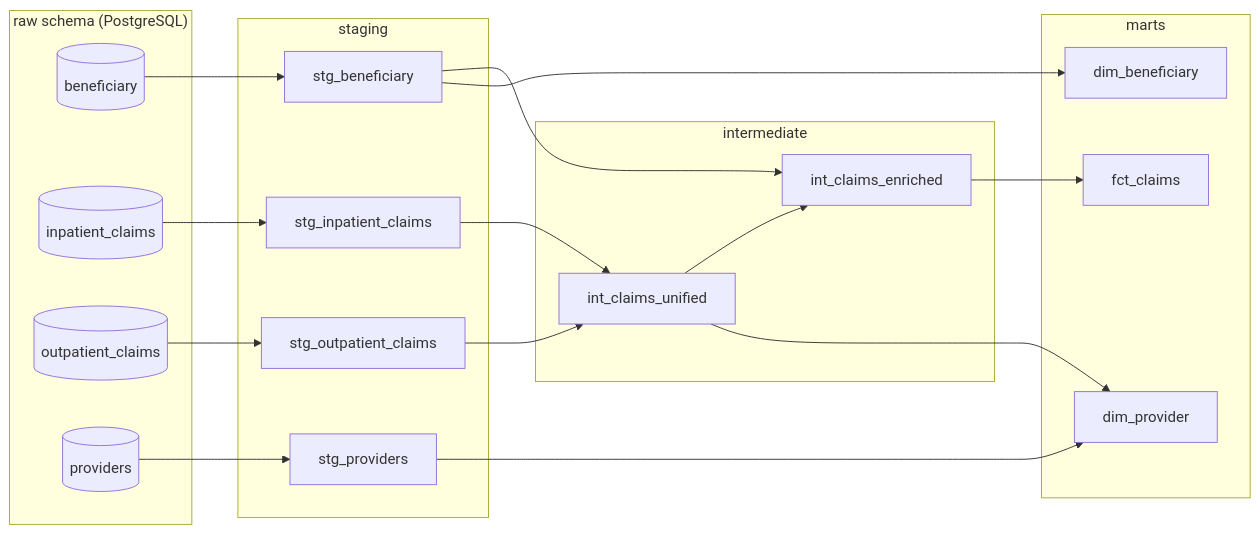
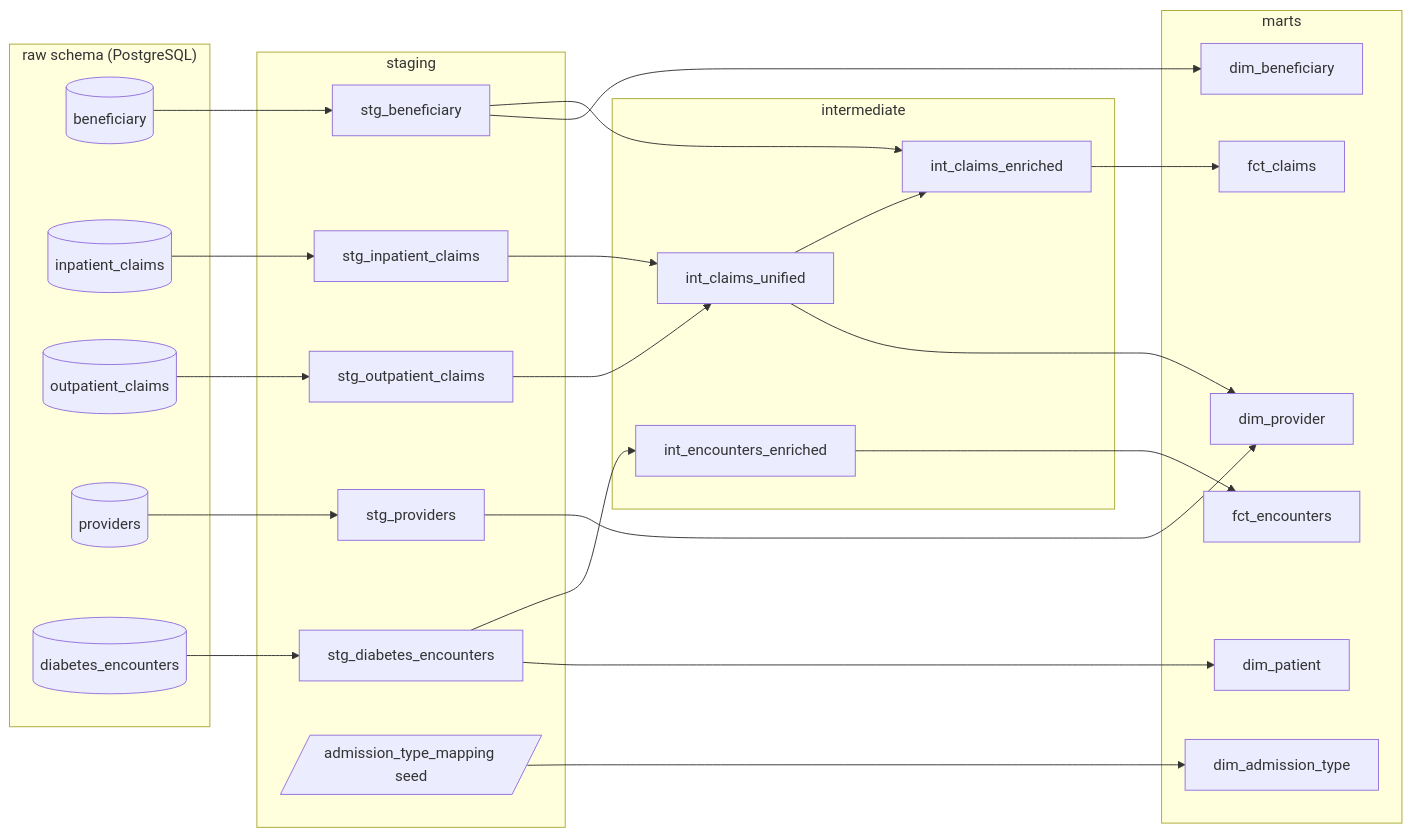
The diagram in README.md (ksdisch/clinical-data-etl), drawn with Mermaid before and after one commit. The commit also changed other lines of this file and 5 other files, not shown here.

````diff
--- a/README.md
+++ b/README.md
@@ -110,38 +143,51 @@
 ```mermaid
 flowchart LR
     subgraph raw["raw schema (PostgreSQL)"]
         r_bene[(beneficiary)]
         r_inp[(inpatient_claims)]
         r_outp[(outpatient_claims)]
         r_prov[(providers)]
+        r_diab[(diabetes_encounters)]
     end
     subgraph staging
         s_bene[stg_beneficiary]
         s_inp[stg_inpatient_claims]
         s_outp[stg_outpatient_claims]
         s_prov[stg_providers]
+        s_diab[stg_diabetes_encounters]
+        seed_at[/admission_type_mapping seed/]
     end
     subgraph intermediate
         i_uni[int_claims_unified]
         i_enr[int_claims_enriched]
+        i_enc[int_encounters_enriched]
     end
     subgraph marts
         m_fct[fct_claims]
         m_bene[dim_beneficiary]
         m_prov[dim_provider]
+        m_enc[fct_encounters]
+        m_pat[dim_patient]
+        m_adm[dim_admission_type]
     end
 
     r_bene --> s_bene
     r_inp --> s_inp
     r_outp --> s_outp
     r_prov --> s_prov
+    r_diab --> s_diab
 
     s_inp --> i_uni
     s_outp --> i_uni
     i_uni --> i_enr
     s_bene --> i_enr
     i_enr --> m_fct
     s_bene --> m_bene
     s_prov --> m_prov
     i_uni --> m_prov
+
+    s_diab --> i_enc
+    i_enc --> m_enc
+    s_diab --> m_pat
+    seed_at --> m_adm
 ```
````
